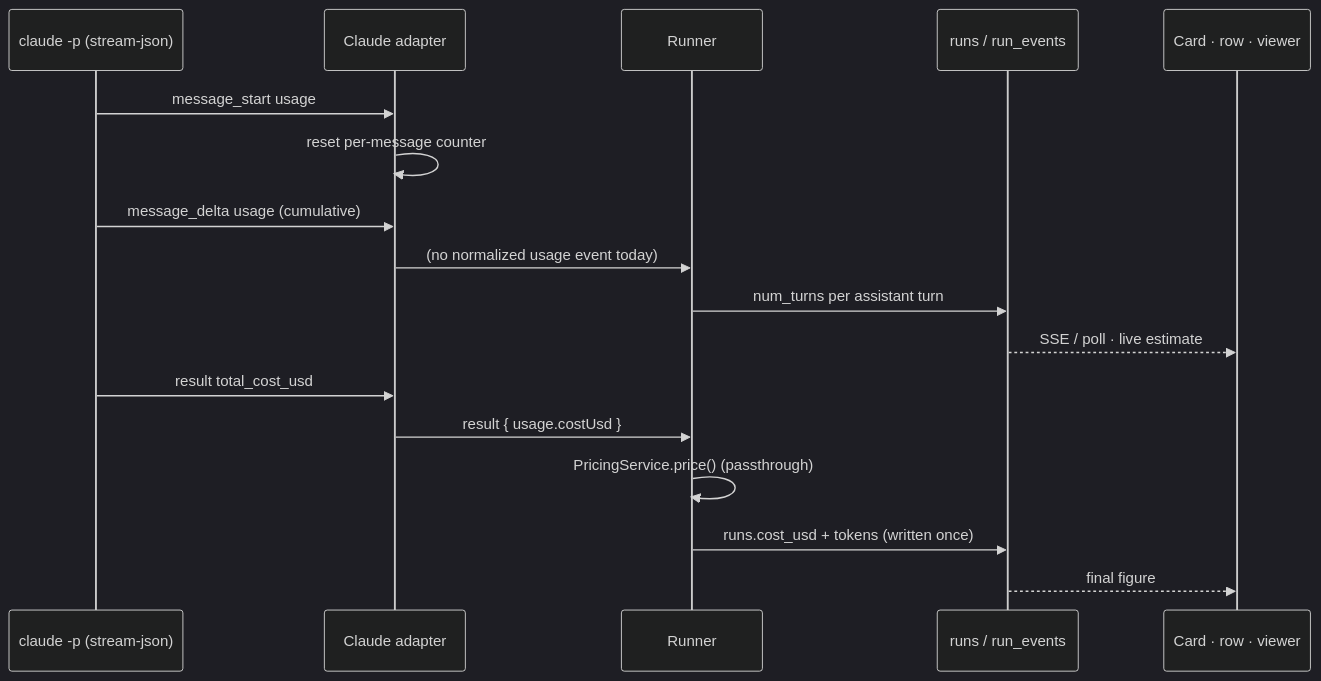
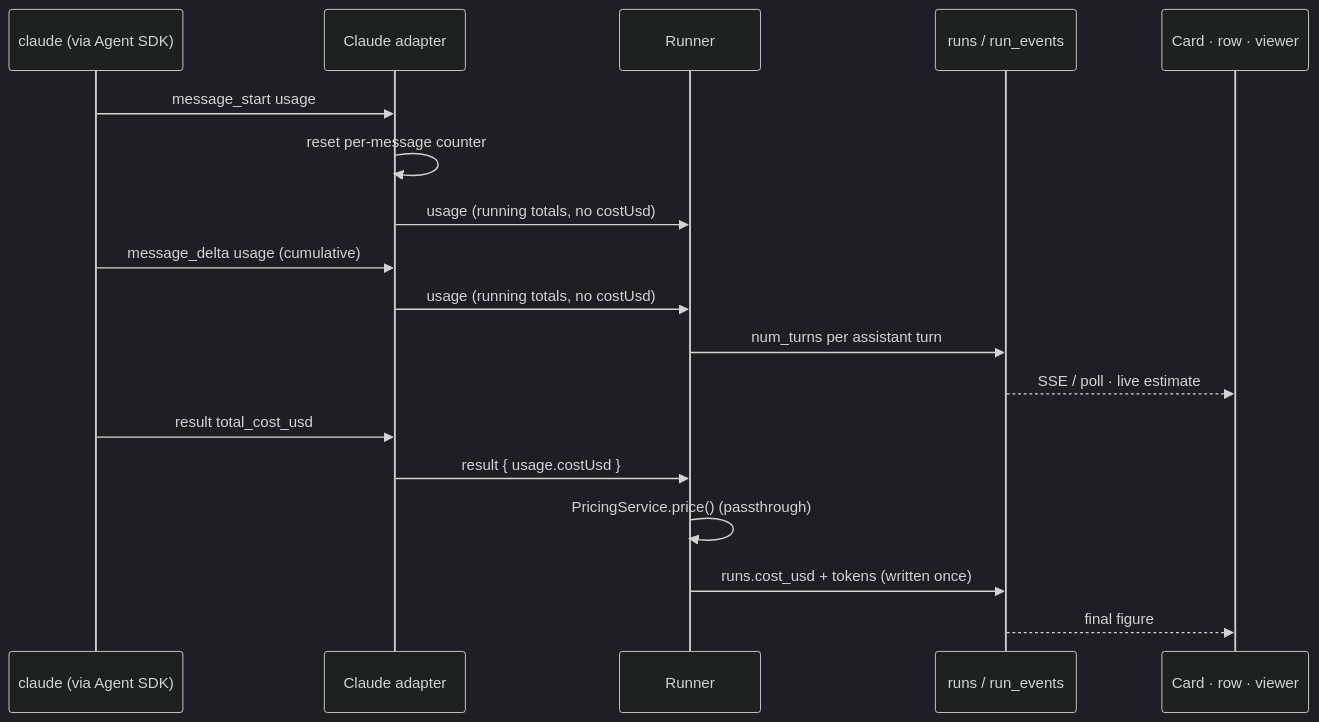
The diagram in docs/FlowBoard/Cost And Control/Cost Runtime.md (ClearCloudSoftware/flowboard), drawn with Mermaid (dark theme) before and after one commit. The commit also changed other lines of this file and 118 other files, not shown here.

````diff
--- a/docs/FlowBoard/Cost And Control/Cost Runtime.md
+++ b/docs/FlowBoard/Cost And Control/Cost Runtime.md
@@ -24,19 +24,20 @@
 ```mermaid
 sequenceDiagram
-  participant CLI as claude -p (stream-json)
+  participant CLI as claude (via Agent SDK)
   participant AD as Claude adapter
   participant RN as Runner
   participant DB as runs / run_events
   participant UI as Card · row · viewer
   CLI->>AD: message_start usage
   AD->>AD: reset per-message counter
+  AD->>RN: usage (running totals, no costUsd)
   CLI->>AD: message_delta usage (cumulative)
-  AD->>RN: (no normalized usage event today)
+  AD->>RN: usage (running totals, no costUsd)
   RN->>DB: num_turns per assistant turn
   DB-->>UI: SSE / poll · live estimate
   CLI->>AD: result total_cost_usd
   AD->>RN: result { usage.costUsd }
   RN->>RN: PricingService.price() (passthrough)
   RN->>DB: runs.cost_usd + tokens (written once)
   DB-->>UI: final figure
 ```
````
